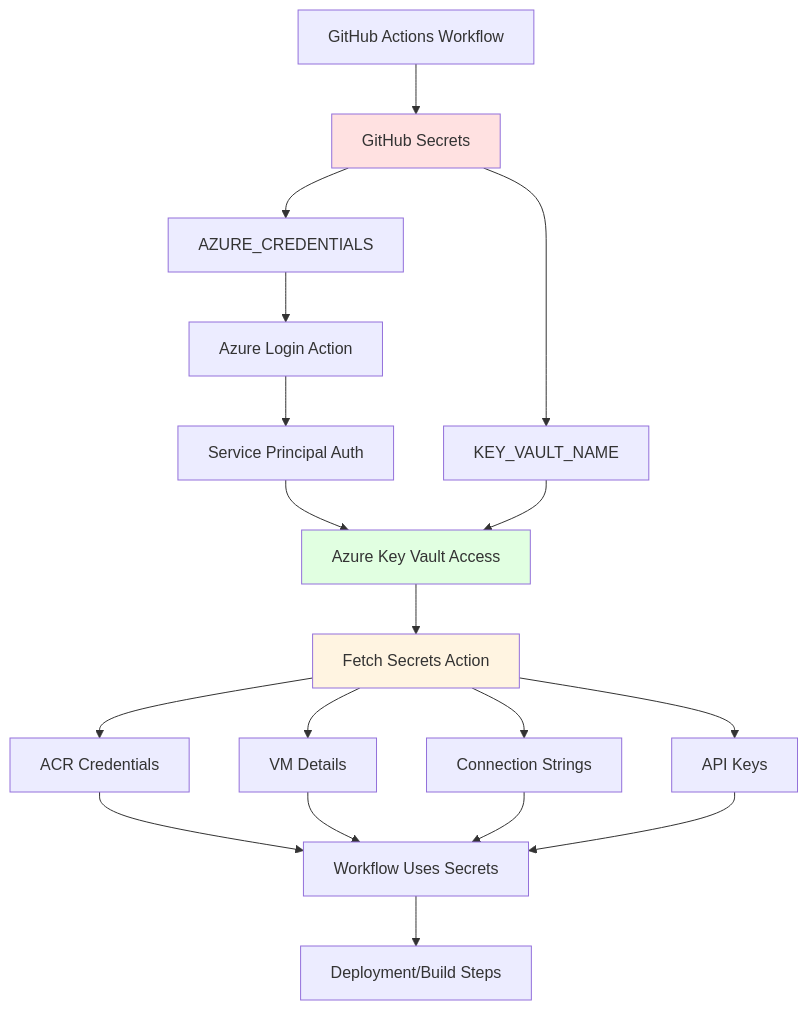
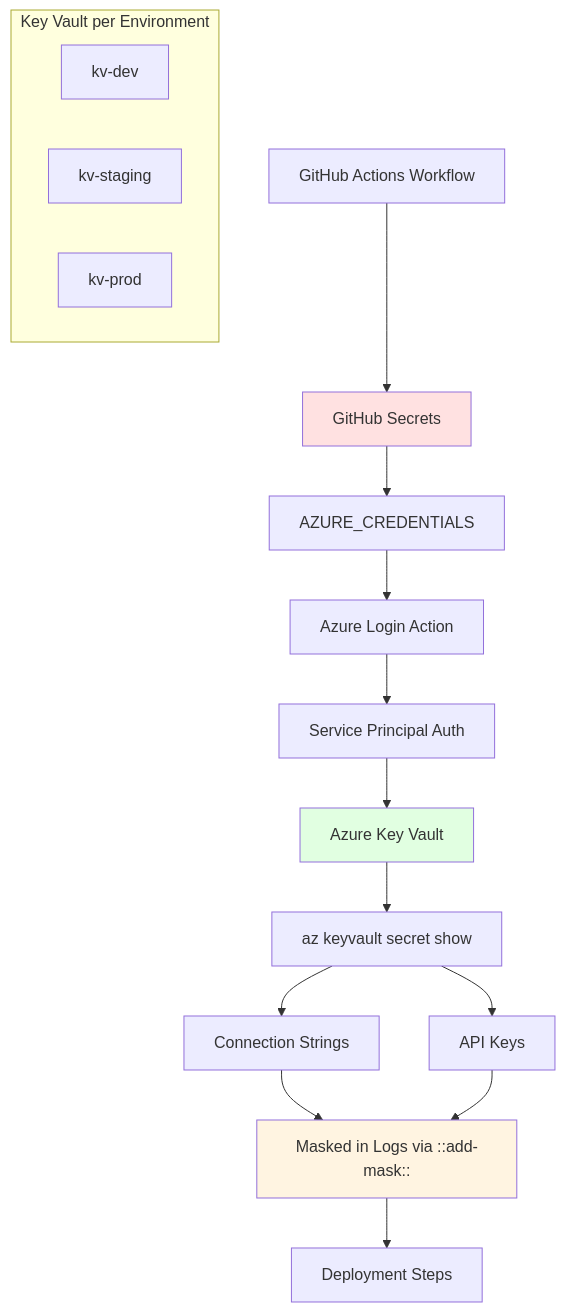
One commit to vinoth-kumar-k/github-test-workflows changed the fifth of 9 diagrams in docs/architecture/workflows-architecture.md. Above: the diagram before and after it, drawn with Mermaid. The commit also changed other lines of this file, not shown here.

First line of the commit message:
docs: update architecture doc with extensibility, security hardening, and best practices

````diff
--- a/docs/architecture/workflows-architecture.md
+++ b/docs/architecture/workflows-architecture.md
@@ -159,25 +226,27 @@
 ```mermaid
 graph TB
     A[GitHub Actions Workflow] --> B[GitHub Secrets]
     B --> C[AZURE_CREDENTIALS]
-    B --> D[KEY_VAULT_NAME]
 
     C --> E[Azure Login Action]
     E --> F[Service Principal Auth]
 
-    F --> G[Azure Key Vault Access]
-    D --> G
+    F --> G[Azure Key Vault]
 
-    G --> H[Fetch Secrets Action]
-    H --> I[ACR Credentials]
-    H --> J[VM Details]
-    H --> K[Connection Strings]
-    H --> L[API Keys]
+    G --> H[az keyvault secret show]
+    H --> I[Connection Strings]
+    H --> J[API Keys]
 
-    I & J & K & L --> M[Workflow Uses Secrets]
-    M --> N[Deployment/Build Steps]
+    I & J --> K[Masked in Logs via ::add-mask::]
+    K --> L[Deployment Steps]
+
+    subgraph "Key Vault per Environment"
+        M[kv-dev]
+        N[kv-staging]
+        O[kv-prod]
+    end
 
     style B fill:#ffe1e1
     style G fill:#e1ffe1
-    style H fill:#fff4e1
+    style K fill:#fff4e1
 ```
````
